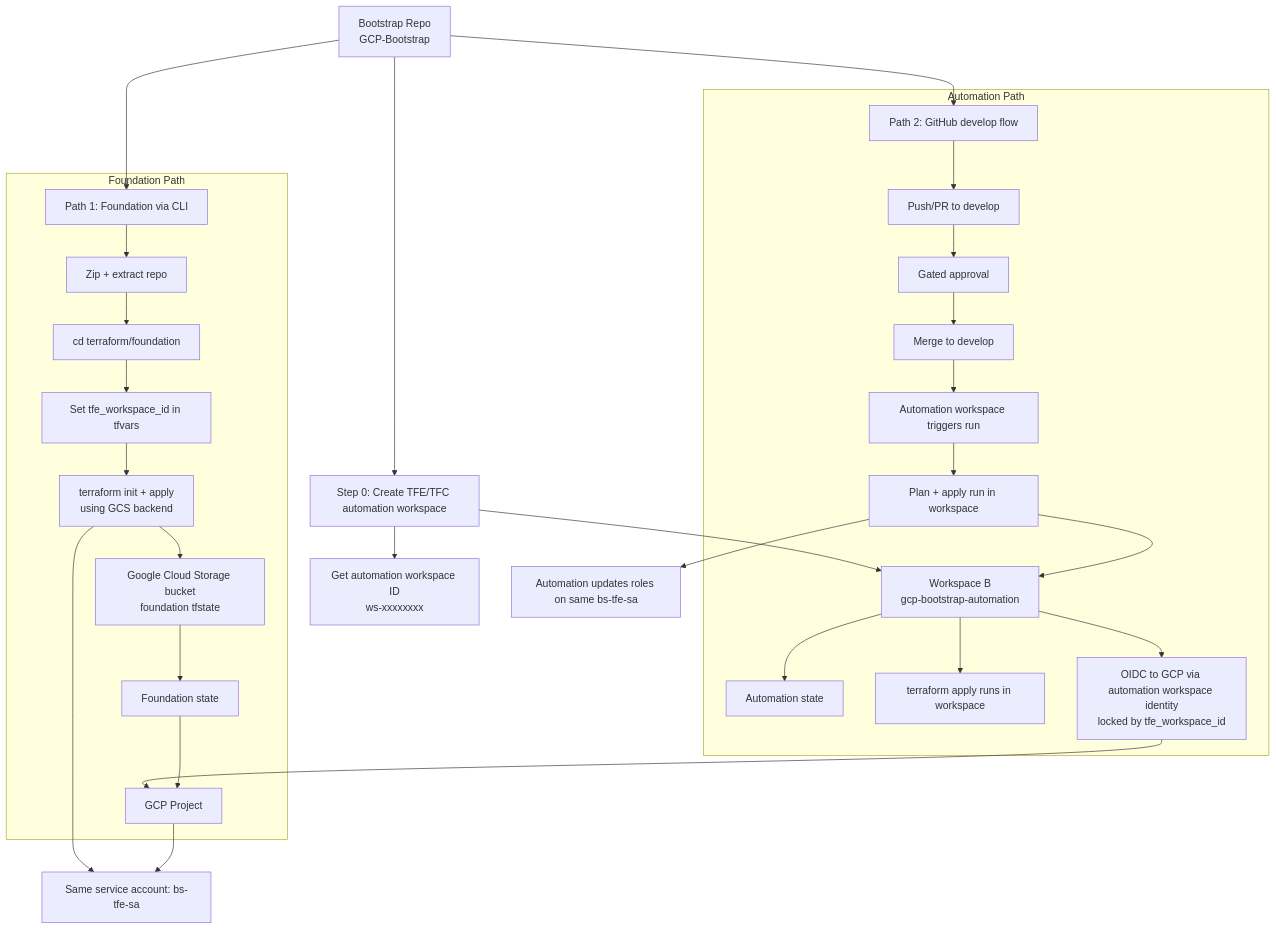
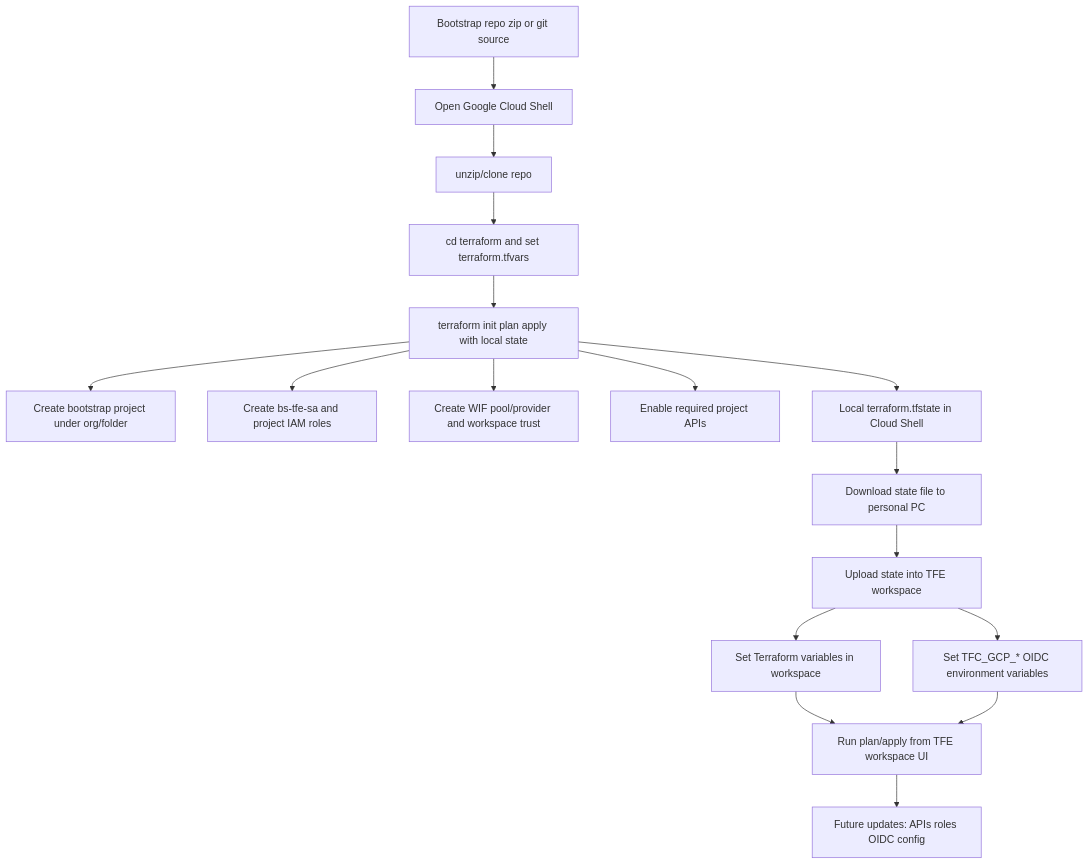
The diagram in BOOTSTRAP-FLOW.md (UttamGiri/GCP-Bootstrap), drawn with Mermaid before and after one commit. The commit also changed other lines of this file and 6 other files, not shown here.

Commit message:
Update unified bootstrap Terraform and docs

````diff
--- a/BOOTSTRAP-FLOW.md
+++ b/BOOTSTRAP-FLOW.md
@@ -3,43 +3,24 @@
 ```mermaid
 flowchart TD
-    A[Bootstrap Repo<br/>GCP-Bootstrap]
+    A[Bootstrap repo zip or git source]
+    A --> B[Open Google Cloud Shell]
+    B --> C[unzip/clone repo]
+    C --> D[cd terraform and set terraform.tfvars]
+    D --> E[terraform init plan apply with local state]
 
-    A --> P0[Step 0: Create TFE/TFC automation workspace]
-    P0 --> WID[Get automation workspace ID<br/>ws-xxxxxxxx]
+    E --> P[Create bootstrap project under org/folder]
+    E --> S[Create bs-tfe-sa and project IAM roles]
+    E --> W[Create WIF pool/provider and workspace trust]
+    E --> API[Enable required project APIs]
 
-    subgraph F[Foundation Path]
-    B[Path 1: Foundation via CLI]
-    B --> B1[Zip + extract repo]
-    B1 --> B2[cd terraform/foundation]
-    B2 --> B3[Set tfe_workspace_id in tfvars]
-    B3 --> B4[terraform init + apply<br/>using GCS backend]
-    B4 --> GCS[Google Cloud Storage bucket<br/>foundation tfstate]
-    GCS --> SF[Foundation state]
-    SF --> GCP
-    end
+    E --> L[Local terraform.tfstate in Cloud Shell]
+    L --> DL[Download state file to personal PC]
+    DL --> UP[Upload state into TFE workspace]
 
-    subgraph X[Automation Path]
-    WA[Workspace B<br/>gcp-bootstrap-automation]
-    C[Path 2: GitHub develop flow]
-    C --> C1[Push/PR to develop]
-    C1 --> C2[Gated approval]
-    C2 --> C3[Merge to develop]
-    C3 --> C4[Automation workspace triggers run]
-    C4 --> C5[Plan + apply run in workspace]
-    C5 --> WA
+    UP --> TV[Set Terraform variables in workspace]
+    UP --> EV[Set TFC_GCP_* OIDC environment variables]
+    TV --> RUN[Run plan/apply from TFE workspace UI]
+    EV --> RUN
 
-    WA --> SAUTO[Automation state]
-    WA --> AP[terraform apply runs in workspace]
-    WA --> OIDC[OIDC to GCP via automation workspace identity<br/>locked by tfe_workspace_id]
-    end
-
-    A --> B
-    A --> C
-    P0 --> WA
-    OIDC --> GCP[GCP Project]
-
-    GCP --> SA[Same service account: bs-tfe-sa]
-    B4 --> SA
-    C5 --> IAM[Automation updates roles on same bs-tfe-sa]
-
+    RUN --> U[Future updates: APIs roles OIDC config]
 ```
````
